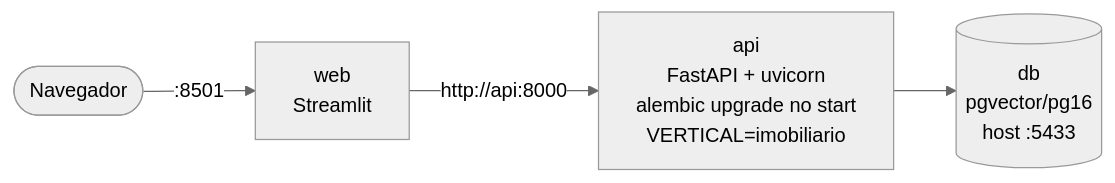
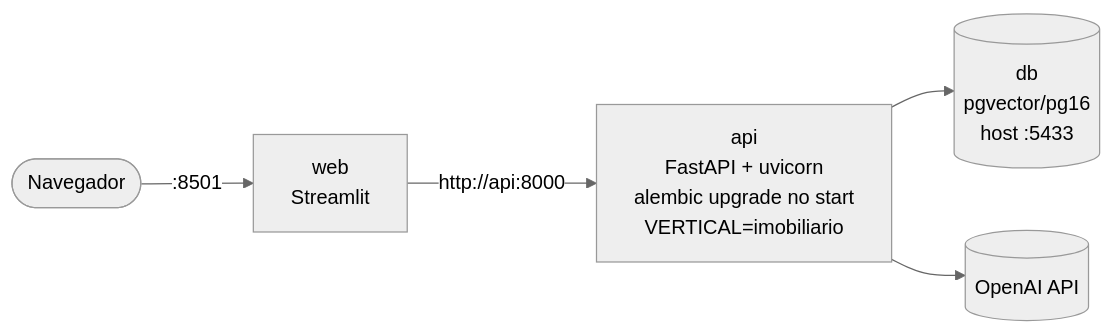
One commit to amaranini/tech-challenge-fase-5 changed the ninth of 9 diagrams in docs/arquitetura.md. Above: the diagram before and after it, drawn with Mermaid (neutral theme). The commit also changed other lines of this file and 56 other files, not shown here.

````diff
--- a/docs/arquitetura.md
+++ b/docs/arquitetura.md
@@ -254,6 +297,7 @@
 ```mermaid
 flowchart LR
     browser([Navegador]) -- :8501 --> web[web<br/>Streamlit]
     web -- http://api:8000 --> api[api<br/>FastAPI + uvicorn<br/>alembic upgrade no start<br/>VERTICAL=imobiliario]
     api --> db[(db<br/>pgvector/pg16<br/>host :5433)]
+    api --> oai[(OpenAI API)]
 ```
````
